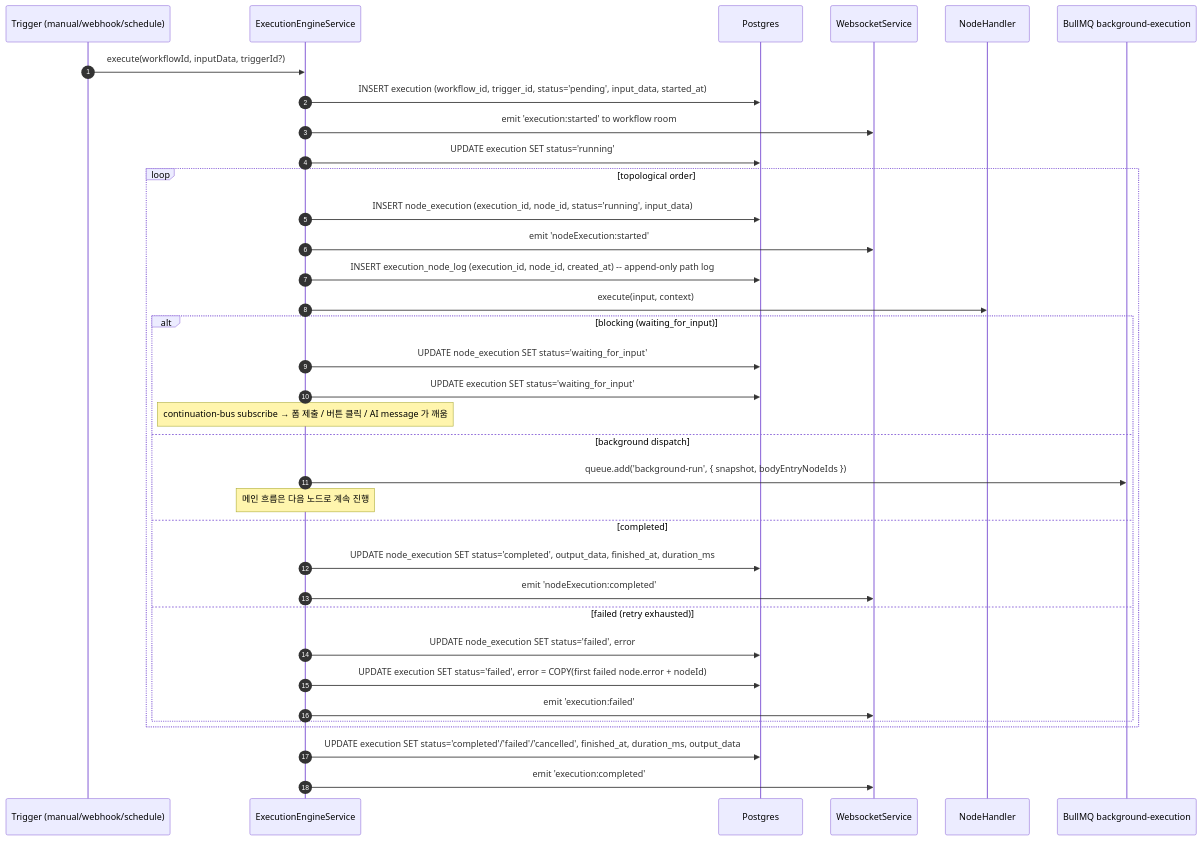
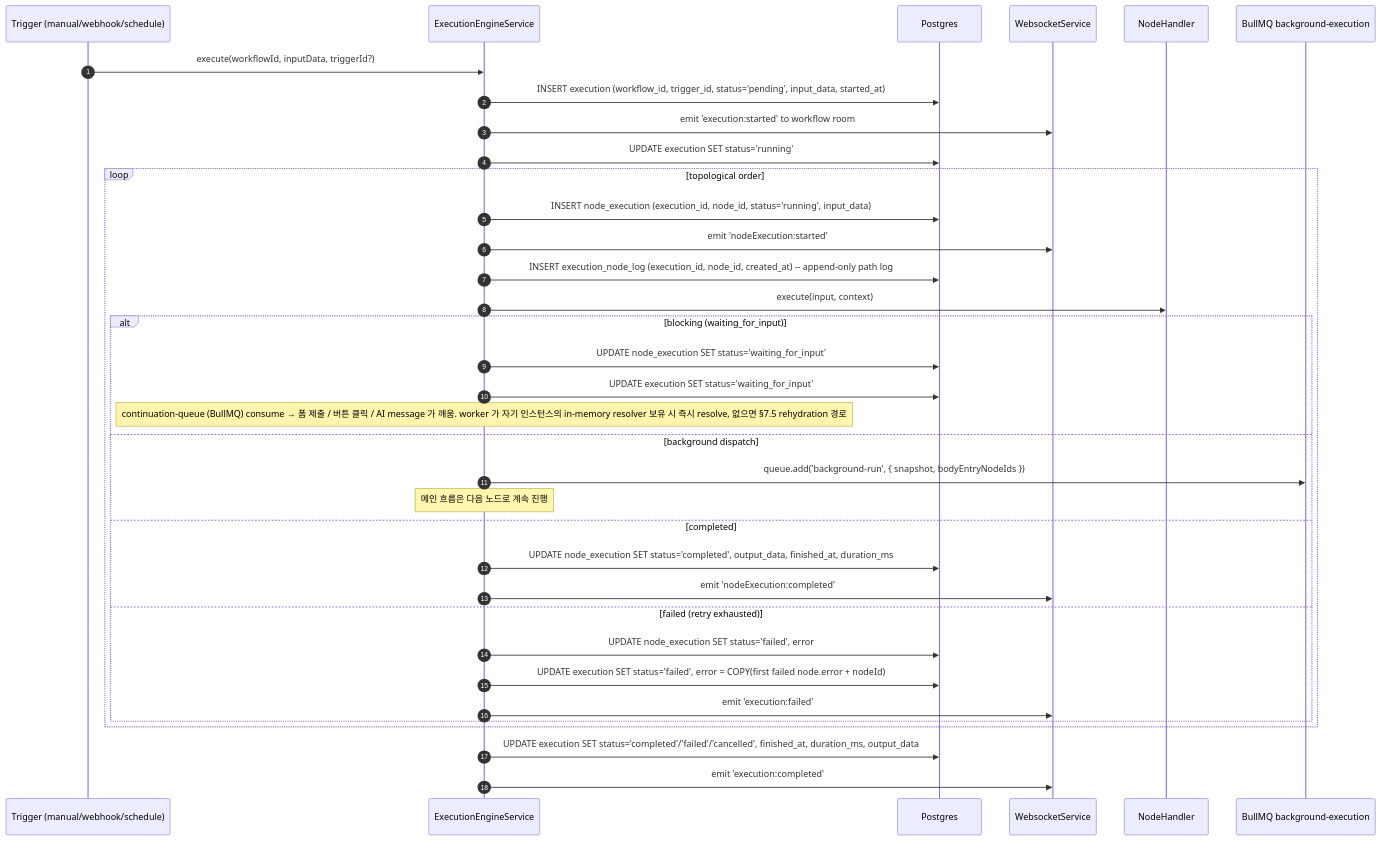
One commit to worker-ants/clemvion changed the first of 5 diagrams in spec/data-flow/3-execution.md. Above: the diagram before and after it, drawn with Mermaid. The commit also changed other lines of this file and 151 other files, not shown here.

First line of the commit message:
feat(execution-engine): Durable Continuation & Graceful Shutdown — Phase 1 + Phase 2 (BullMQ rehydration) (#321)

````diff
--- a/spec/data-flow/3-execution.md
+++ b/spec/data-flow/3-execution.md
@@ -29,40 +29,40 @@
 ```mermaid
 sequenceDiagram
   autonumber
   participant Trig as Trigger (manual/webhook/schedule)
   participant Eng as ExecutionEngineService
   participant PG as Postgres
   participant WS as WebsocketService
   participant Handler as NodeHandler
   participant BG as BullMQ background-execution
 
   Trig->>Eng: execute(workflowId, inputData, triggerId?)
   Eng->>PG: INSERT execution (workflow_id, trigger_id, status='pending', input_data, started_at)
   Eng->>WS: emit 'execution:started' to workflow room
   Eng->>PG: UPDATE execution SET status='running'
 
   loop topological order
     Eng->>PG: INSERT node_execution (execution_id, node_id, status='running', input_data)
     Eng->>WS: emit 'nodeExecution:started'
     Eng->>PG: INSERT execution_node_log (execution_id, node_id, created_at)  -- append-only path log
     Eng->>Handler: execute(input, context)
     alt blocking (waiting_for_input)
       Eng->>PG: UPDATE node_execution SET status='waiting_for_input'
       Eng->>PG: UPDATE execution SET status='waiting_for_input'
-      Note over Eng: continuation-bus subscribe → 폼 제출 / 버튼 클릭 / AI message 가 깨움
+      Note over Eng: continuation-queue (BullMQ) consume → 폼 제출 / 버튼 클릭 / AI message 가 깨움. worker 가 자기 인스턴스의 in-memory resolver 보유 시 즉시 resolve, 없으면 §7.5 rehydration 경로
     else background dispatch
       Eng->>BG: queue.add('background-run', { snapshot, bodyEntryNodeIds })
       Note over Eng: 메인 흐름은 다음 노드로 계속 진행
     else completed
       Eng->>PG: UPDATE node_execution SET status='completed', output_data, finished_at, duration_ms
       Eng->>WS: emit 'nodeExecution:completed'
     else failed (retry exhausted)
       Eng->>PG: UPDATE node_execution SET status='failed', error
       Eng->>PG: UPDATE execution SET status='failed', error = COPY(first failed node.error + nodeId)
       Eng->>WS: emit 'execution:failed'
     end
   end
 
   Eng->>PG: UPDATE execution SET status='completed'/'failed'/'cancelled', finished_at, duration_ms, output_data
   Eng->>WS: emit 'execution:completed'
 ```
````
